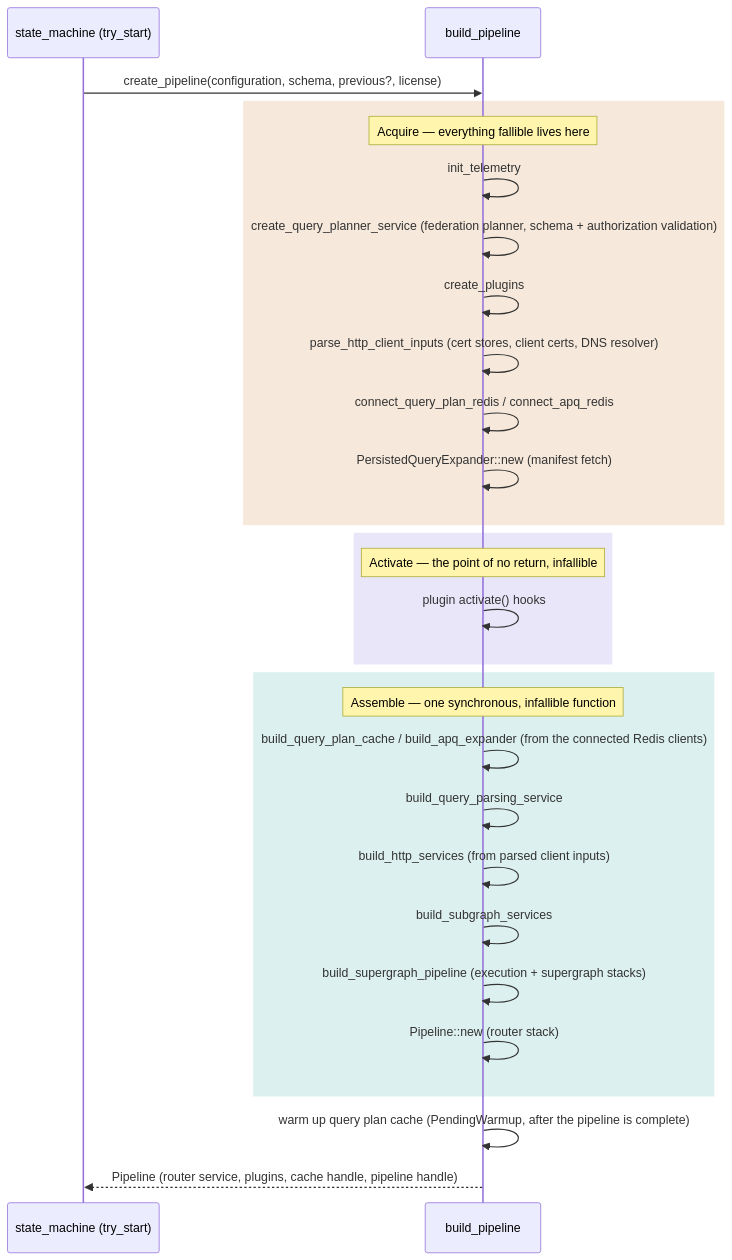
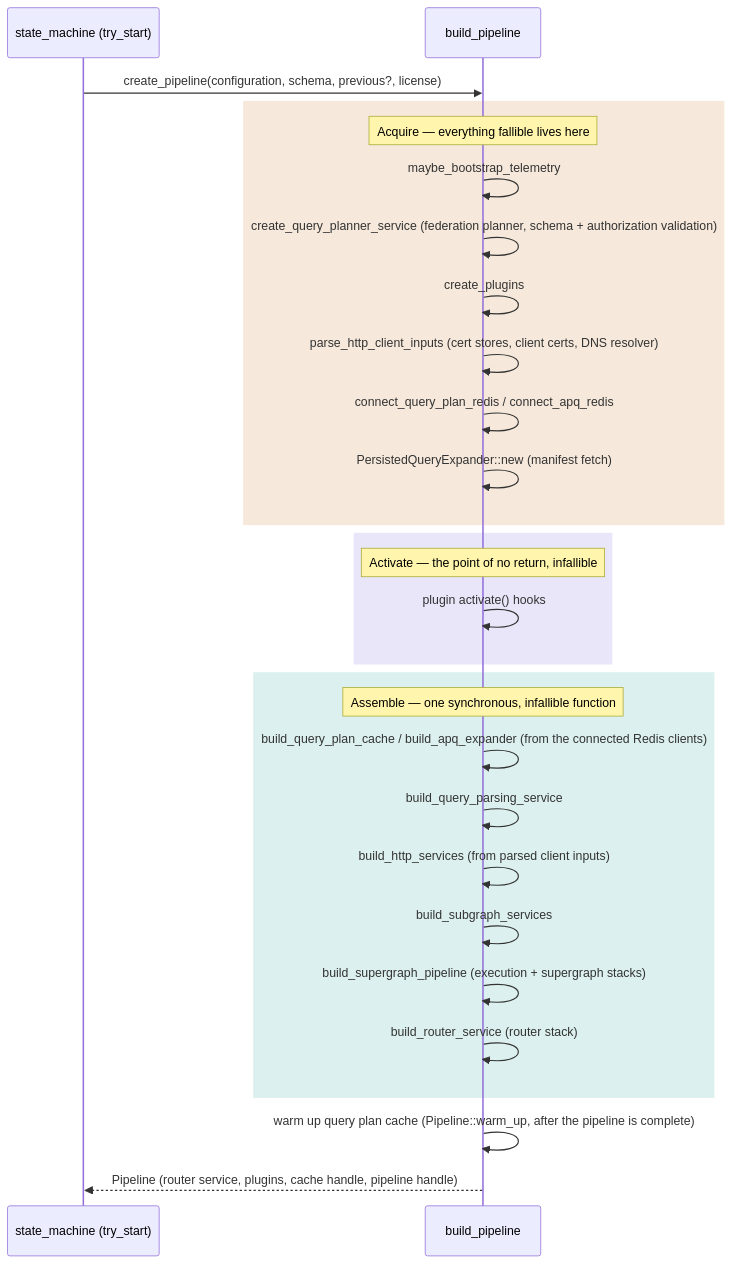
One commit to apollographql/router changed the diagram in dev-docs/pipeline-construction.md. Above: the diagram before and after it, drawn with Mermaid. The commit also changed other lines of this file and 4 other files, not shown here.

First line of the commit message:
refactor(pipeline): move router and warm-up stack assembly into stages

````diff
--- a/dev-docs/pipeline-construction.md
+++ b/dev-docs/pipeline-construction.md
@@ -11,36 +11,36 @@
 ```mermaid
 sequenceDiagram
     participant SM as state_machine (try_start)
     participant BP as build_pipeline
 
     SM->>BP: create_pipeline(configuration, schema, previous?, license)
 
     rect rgba(192, 106, 16, 0.15)
         Note over BP: Acquire — everything fallible lives here
-        BP->>BP: init_telemetry
+        BP->>BP: maybe_bootstrap_telemetry
         BP->>BP: create_query_planner_service (federation planner, schema + authorization validation)
         BP->>BP: create_plugins
         BP->>BP: parse_http_client_inputs (cert stores, client certs, DNS resolver)
         BP->>BP: connect_query_plan_redis / connect_apq_redis
         BP->>BP: PersistedQueryExpander::new (manifest fetch)
     end
 
     rect rgba(110, 90, 220, 0.15)
         Note over BP: Activate — the point of no return, infallible
         BP->>BP: plugin activate() hooks
     end
 
     rect rgba(20, 160, 150, 0.15)
         Note over BP: Assemble — one synchronous, infallible function
         BP->>BP: build_query_plan_cache / build_apq_expander (from the connected Redis clients)
         BP->>BP: build_query_parsing_service
         BP->>BP: build_http_services (from parsed client inputs)
         BP->>BP: build_subgraph_services
         BP->>BP: build_supergraph_pipeline (execution + supergraph stacks)
-        BP->>BP: Pipeline::new (router stack)
+        BP->>BP: build_router_service (router stack)
     end
 
-    BP->>BP: warm up query plan cache (PendingWarmup, after the pipeline is complete)
+    BP->>BP: warm up query plan cache (Pipeline::warm_up, after the pipeline is complete)
 
     BP-->>SM: Pipeline (router service, plugins, cache handle, pipeline handle)
 ```
````
